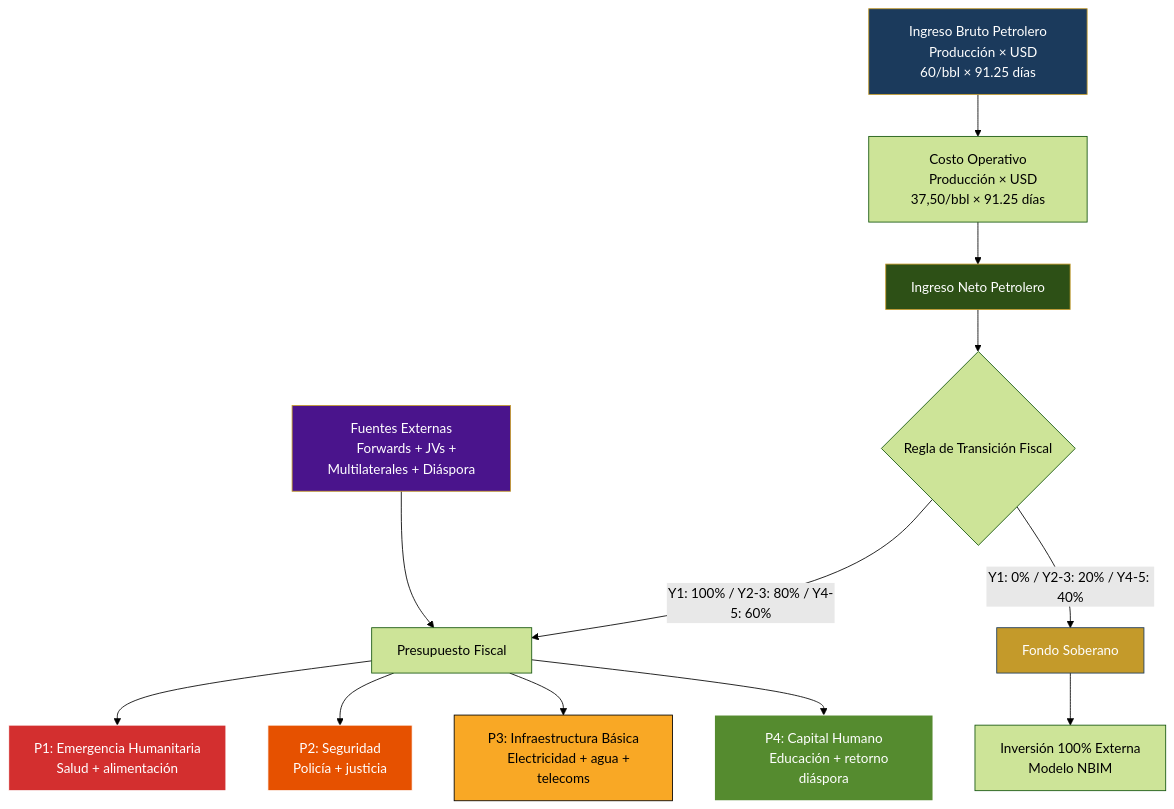
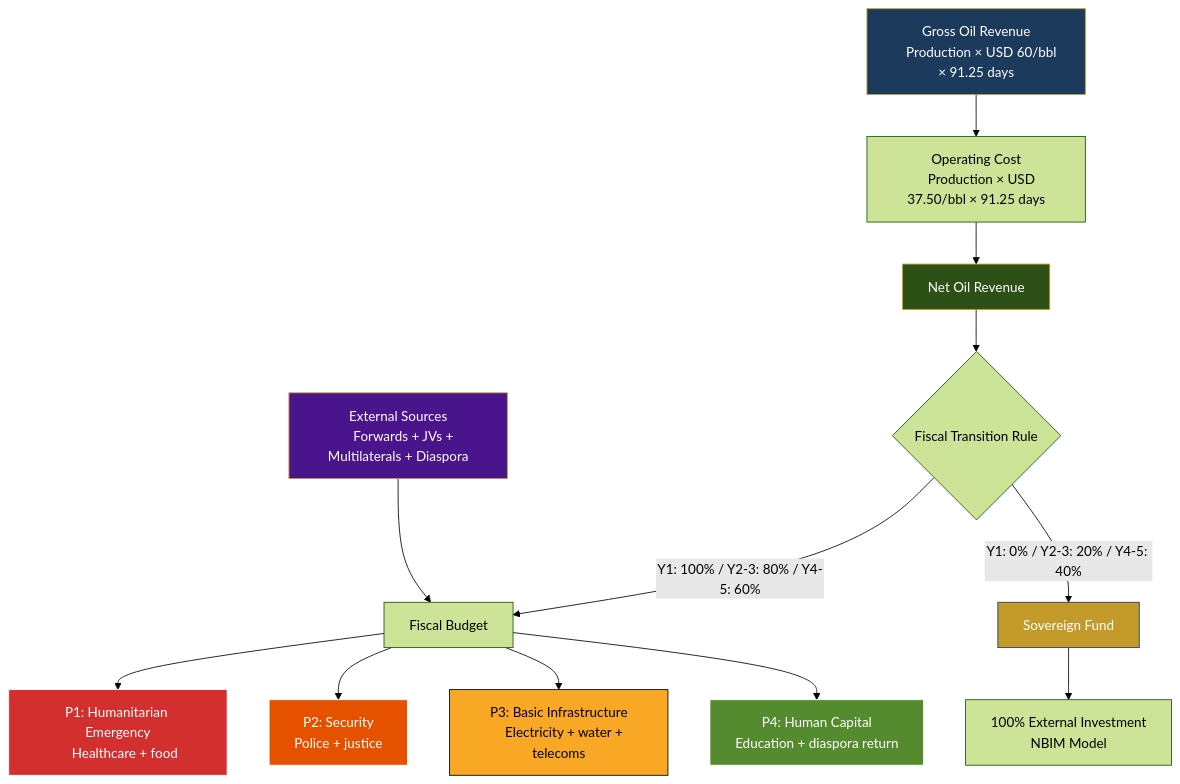
Before and after one commit to Venezuela-S-A/venezuela-sa: the second of 2 diagrams in i18n/en/docusaurus-plugin-content-docs/current/02-motor-financiero/cashflow-20-trimestres.md, drawn with Mermaid (forest theme). The commit also changed other lines of this file and 127 other files, not shown here.

First line of the commit message:
feat: implement FCV unified system, education voucher model, 10-ministry lean state

````diff
--- a/i18n/en/docusaurus-plugin-content-docs/current/02-motor-financiero/cashflow-20-trimestres.md
+++ b/i18n/en/docusaurus-plugin-content-docs/current/02-motor-financiero/cashflow-20-trimestres.md
@@ -136,31 +136,31 @@
 ```mermaid
 flowchart TD
-    A["Ingreso Bruto Petrolero
-    Producción × USD 60/bbl × 91.25 días"] --> B["Costo Operativo
-    Producción × USD 37,50/bbl × 91.25 días"]
-    B --> C["Ingreso Neto Petrolero"]
-    C --> D{"Regla de Transición Fiscal"}
-    D -->|"Y1: 100% / Y2-3: 80% / Y4-5: 60%"| E["Presupuesto Fiscal"]
-    D -->|"Y1: 0% / Y2-3: 20% / Y4-5: 40%"| F["Fondo Soberano"]
-    G["Fuentes Externas
-    Forwards + JVs + Multilaterales + Diáspora"] --> E
-    E --> H["P1: Emergencia Humanitaria
-    Salud + alimentación"]
-    E --> I["P2: Seguridad
-    Policía + justicia"]
-    E --> J["P3: Infraestructura Básica
-    Electricidad + agua + telecoms"]
-    E --> K["P4: Capital Humano
-    Educación + retorno diáspora"]
-    F --> L["Inversión 100% Externa
-    Modelo NBIM"]
+    A["Gross Oil Revenue
+    Production × USD 60/bbl × 91.25 days"] --> B["Operating Cost
+    Production × USD 37.50/bbl × 91.25 days"]
+    B --> C["Net Oil Revenue"]
+    C --> D{"Fiscal Transition Rule"}
+    D -->|"Y1: 100% / Y2-3: 80% / Y4-5: 60%"| E["Fiscal Budget"]
+    D -->|"Y1: 0% / Y2-3: 20% / Y4-5: 40%"| F["Sovereign Fund"]
+    G["External Sources
+    Forwards + JVs + Multilaterals + Diaspora"] --> E
+    E --> H["P1: Humanitarian Emergency
+    Healthcare + food"]
+    E --> I["P2: Security
+    Police + justice"]
+    E --> J["P3: Basic Infrastructure
+    Electricity + water + telecoms"]
+    E --> K["P4: Human Capital
+    Education + diaspora return"]
+    F --> L["100% External Investment
+    NBIM Model"]
 
     style A fill:#1B3A5C,stroke:#C49A2A,color:#fff
     style C fill:#2d5016,stroke:#C49A2A,color:#fff
     style F fill:#C49A2A,stroke:#1B3A5C,color:#fff
     style G fill:#4a148c,stroke:#C49A2A,color:#fff
     style H fill:#d32f2f,stroke:#fff,color:#fff
     style I fill:#e65100,stroke:#fff,color:#fff
     style J fill:#f9a825,stroke:#000,color:#000
     style K fill:#558b2f,stroke:#fff,color:#fff
 ```
````
